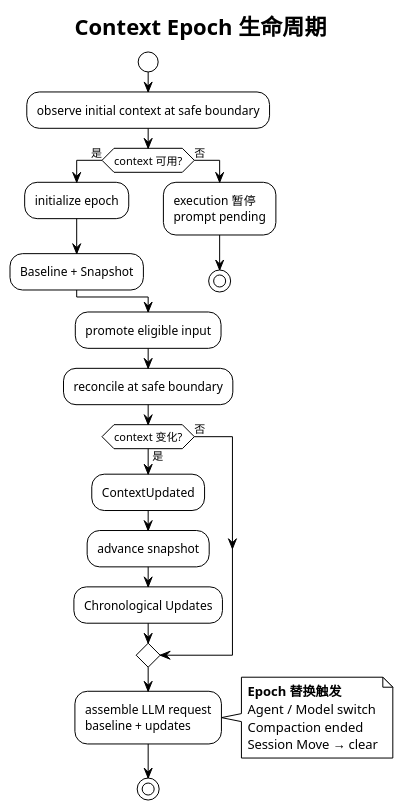
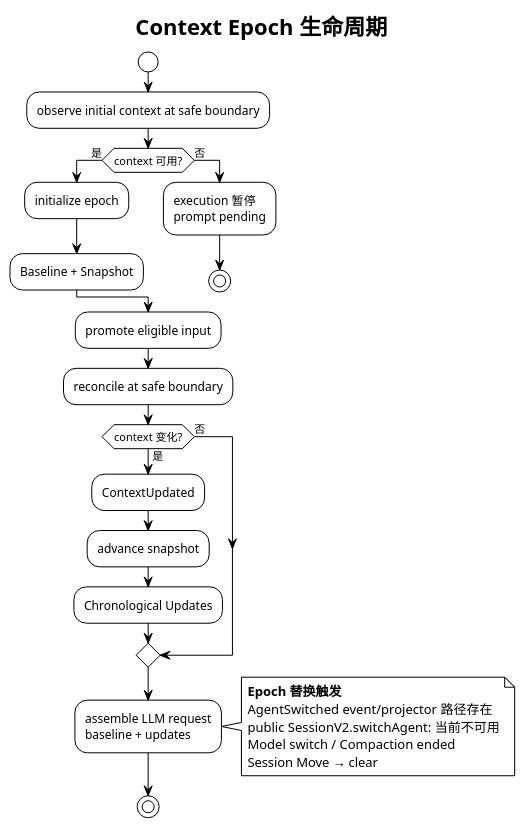
One commit to liu-kaining/opencode changed diagram 16 of 18 in liukaining_watch/OpenCode架构图解.md. Above: the diagram before and after it, drawn with PlantUML. The commit also changed other lines of this file and 3 other files, not shown here.

First line of the commit message:
docs(liukaining_watch): align architecture guide with current codebase

````diff
--- a/liukaining_watch/OpenCode架构图解.md
+++ b/liukaining_watch/OpenCode架构图解.md
@@ -1097,39 +1107,40 @@
 ```plantuml
 @startuml context-epoch
 !theme plain
 title Context Epoch 生命周期
 
 start
 :observe initial context at safe boundary;
 
 if (context 可用?) then (是)
   :initialize epoch;
   :Baseline + Snapshot;
 else (否)
   :execution 暂停\nprompt pending;
   stop
 endif
 
 :promote eligible input;
 :reconcile at safe boundary;
 
 if (context 变化?) then (是)
   :ContextUpdated;
   :advance snapshot;
   :Chronological Updates;
 else (否)
 endif
 
 :assemble LLM request\nbaseline + updates;
 
 note right
   **Epoch 替换触发**
-  Agent / Model switch
-  Compaction ended
+  AgentSwitched event/projector 路径存在
+  public SessionV2.switchAgent: 当前不可用
+  Model switch / Compaction ended
   Session Move → clear
 end note
 
 stop
 
 @enduml
 ```
````
